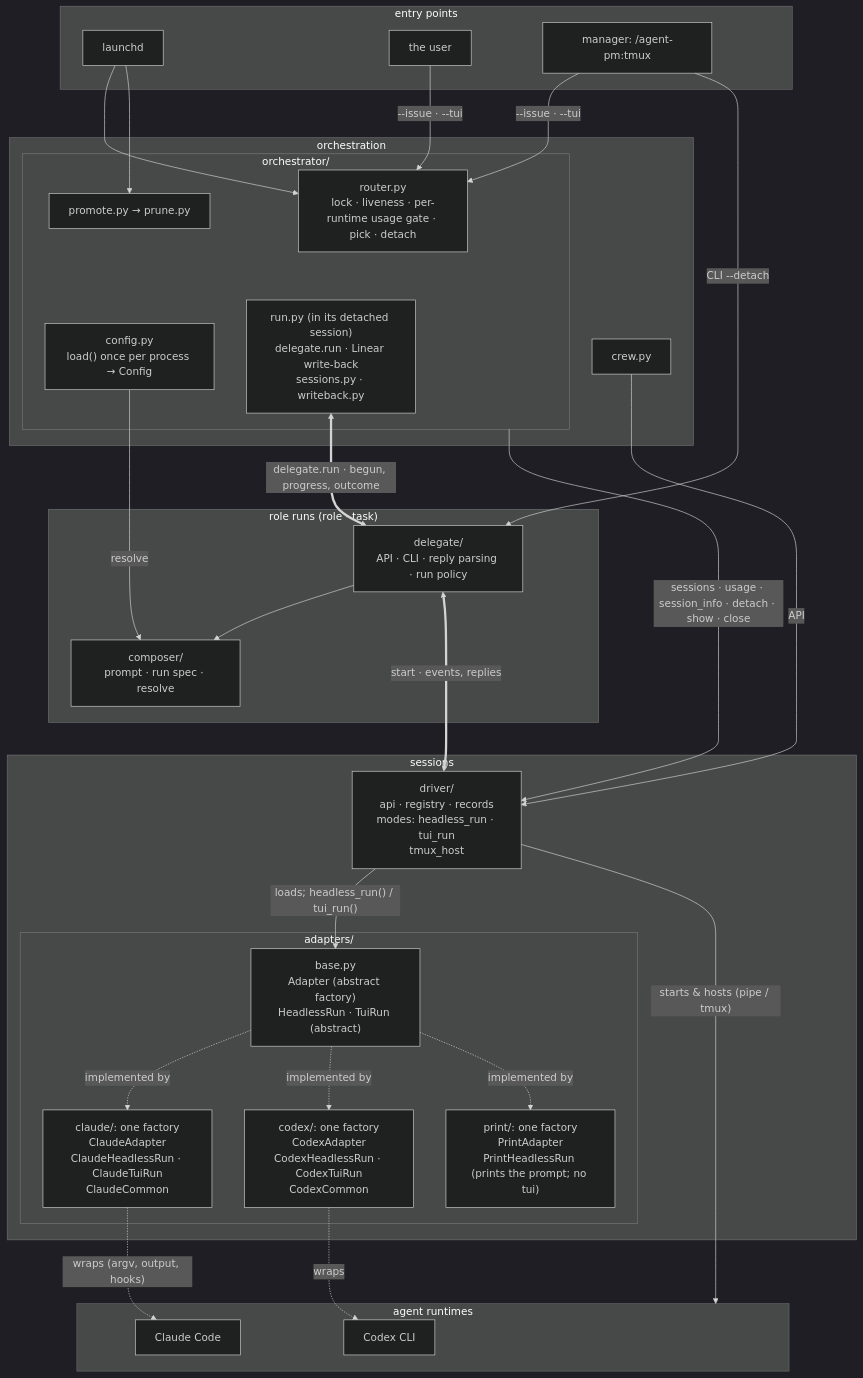
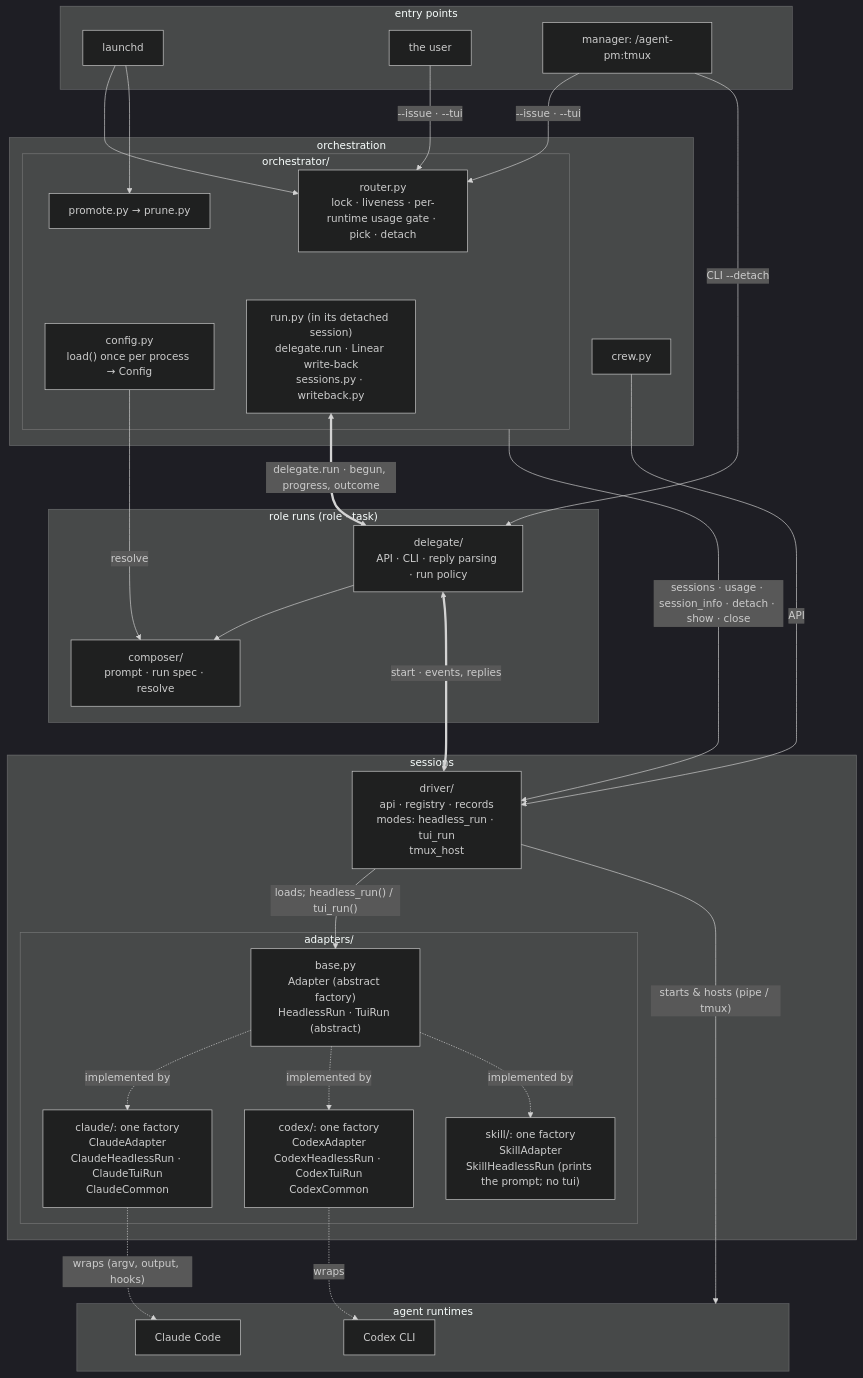
One commit to ophis/agent-pm changed the second of 4 diagrams in README.md. Above: the diagram before and after it, drawn with Mermaid (dark theme).

Commit message:
README: skill adapter in the architecture diagram
Claude-Session: https://claude.ai/code/session_01DWNTKp8E4ZkndBswMuqLEu

````diff
--- a/README.md
+++ b/README.md
@@ -20,52 +20,52 @@
 ```mermaid
 flowchart TB
   subgraph EN[entry points]
     LD[launchd]
     HU[the user]
     M["manager: /agent-pm:tmux"]
   end
   subgraph L1[orchestration]
     subgraph OR[orchestrator/]
       R["router.py<br>lock · liveness · per-runtime usage gate · pick · detach"]
       RU["run.py (in its detached session)<br>delegate.run · Linear write-back<br>sessions.py · writeback.py"]
       PP["promote.py → prune.py"]
       CF["config.py<br>load() once per process → Config"]
     end
     W[crew.py]
   end
   subgraph L2["role runs (role · task)"]
     D["delegate/<br>API · CLI · reply parsing · run policy"]
     C["composer/<br>prompt · run spec · resolve"]
   end
   subgraph L3[sessions]
     DR["driver/<br>api · registry · records<br>modes: headless_run · tui_run<br>tmux_host"]
     subgraph AD[adapters/]
       B["base.py<br>Adapter (abstract factory)<br>HeadlessRun · TuiRun (abstract)"]
       CL["claude/: one factory<br>ClaudeAdapter<br>ClaudeHeadlessRun · ClaudeTuiRun<br>ClaudeCommon"]
       CX["codex/: one factory<br>CodexAdapter<br>CodexHeadlessRun · CodexTuiRun<br>CodexCommon"]
-      PR2["print/: one factory<br>PrintAdapter<br>PrintHeadlessRun (prints the prompt; no tui)"]
+      SK["skill/: one factory<br>SkillAdapter<br>SkillHeadlessRun (prints the prompt; no tui)"]
     end
   end
   subgraph RT[agent runtimes]
     P1[Claude Code]
     P2[Codex CLI]
   end
   LD --> R & PP
   HU -->|"--issue · --tui"| R
   M -->|"--issue · --tui"| R
   M -->|"CLI --detach"| D
   W -->|API| DR
   RU <==>|"delegate.run · begun, progress, outcome"| D
   CF -->|resolve| C
   OR -->|"sessions · usage · session_info · detach · show · close"| DR
   D --> C
   D <==>|"start · events, replies"| DR
   DR -->|"loads; headless_run() / tui_run()"| B
-  B -.->|implemented by| CL & CX & PR2
+  B -.->|implemented by| CL & CX & SK
   DR -->|"starts & hosts (pipe / tmux)"| RT
   CL -.->|"wraps (argv, output, hooks)"| P1
   CX -.->|wraps| P2
   R ~~~ RU
   PP ~~~ CF
   C ~~~ DR
 ```
````
